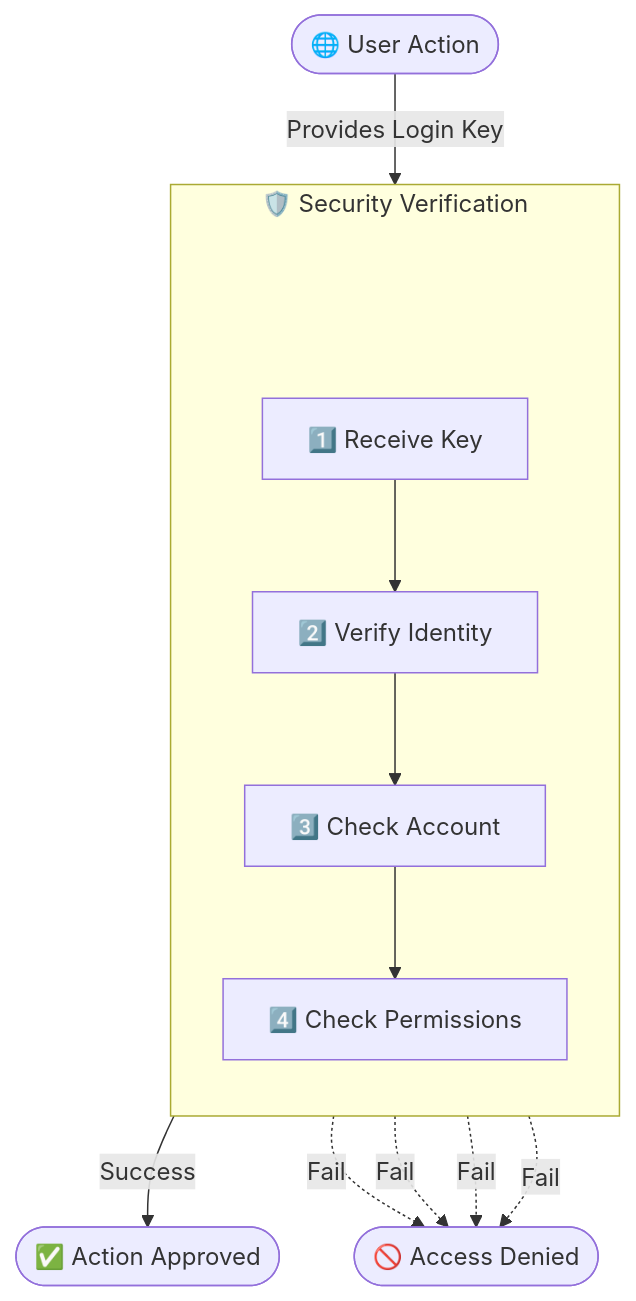
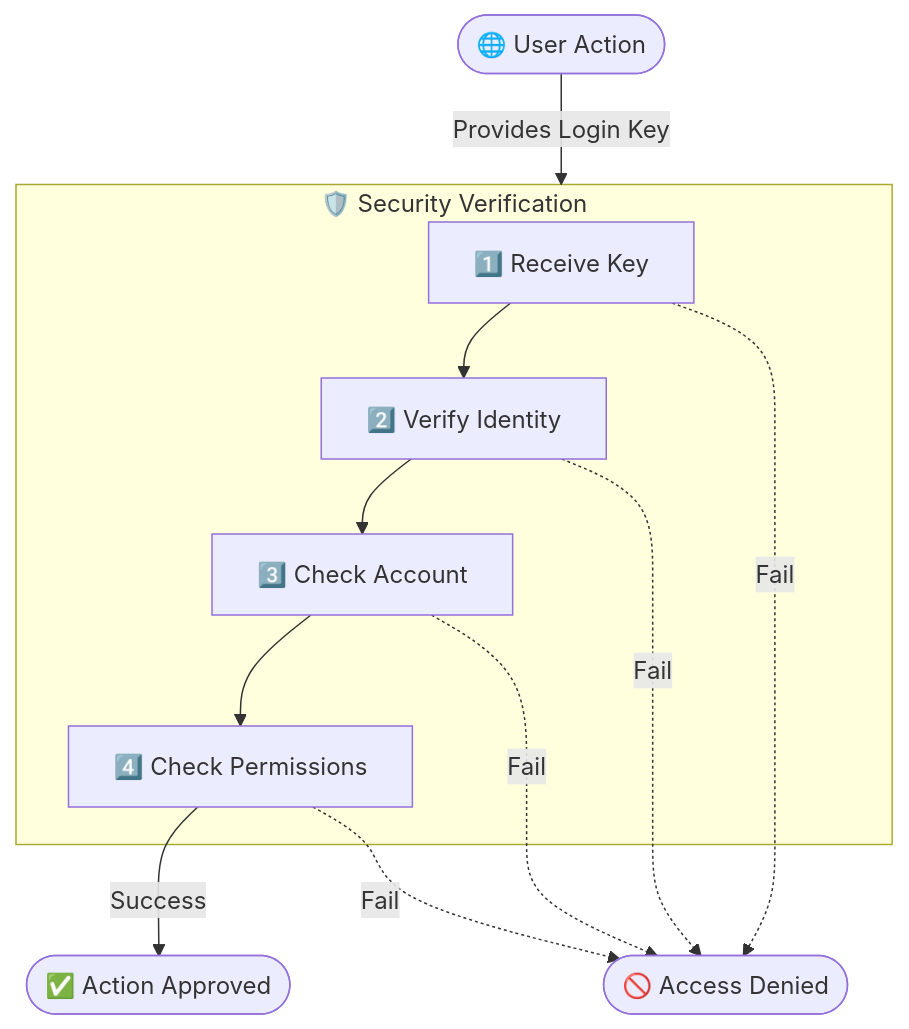
Before and after one commit to Himanshu-Singh11/Feedback-Collector: the second of 2 diagrams in README.md, drawn with Mermaid.

Commit message:
docs: Remove invisible spacer hack from security diagram to restore perfect centering

````diff
--- a/README.md
+++ b/README.md
@@ -107,29 +107,24 @@
 ```mermaid
 flowchart TD
     Request(["🌐 User Action"])
     
     subgraph Middleware ["🛡️ Security Verification"]
-        direction TB
-        Gap[" "]
         T["1️⃣ Receive Key"]
         V["2️⃣ Verify Identity"]
         U["3️⃣ Check Account"]
         R["4️⃣ Check Permissions"]
         
-        Gap ~~~ T
         T --> V --> U --> R
     end
-    
-    style Gap fill:none,stroke:none,color:none
     
     Block(["🚫 Access Denied"])
     Allow(["✅ Action Approved"])
 
     Request -- "Provides Login Key" --> Middleware
     R -- "Success" --> Allow
     
     T -. "Fail" .-> Block
     V -. "Fail" .-> Block
     U -. "Fail" .-> Block
     R -. "Fail" .-> Block
 ```
````
